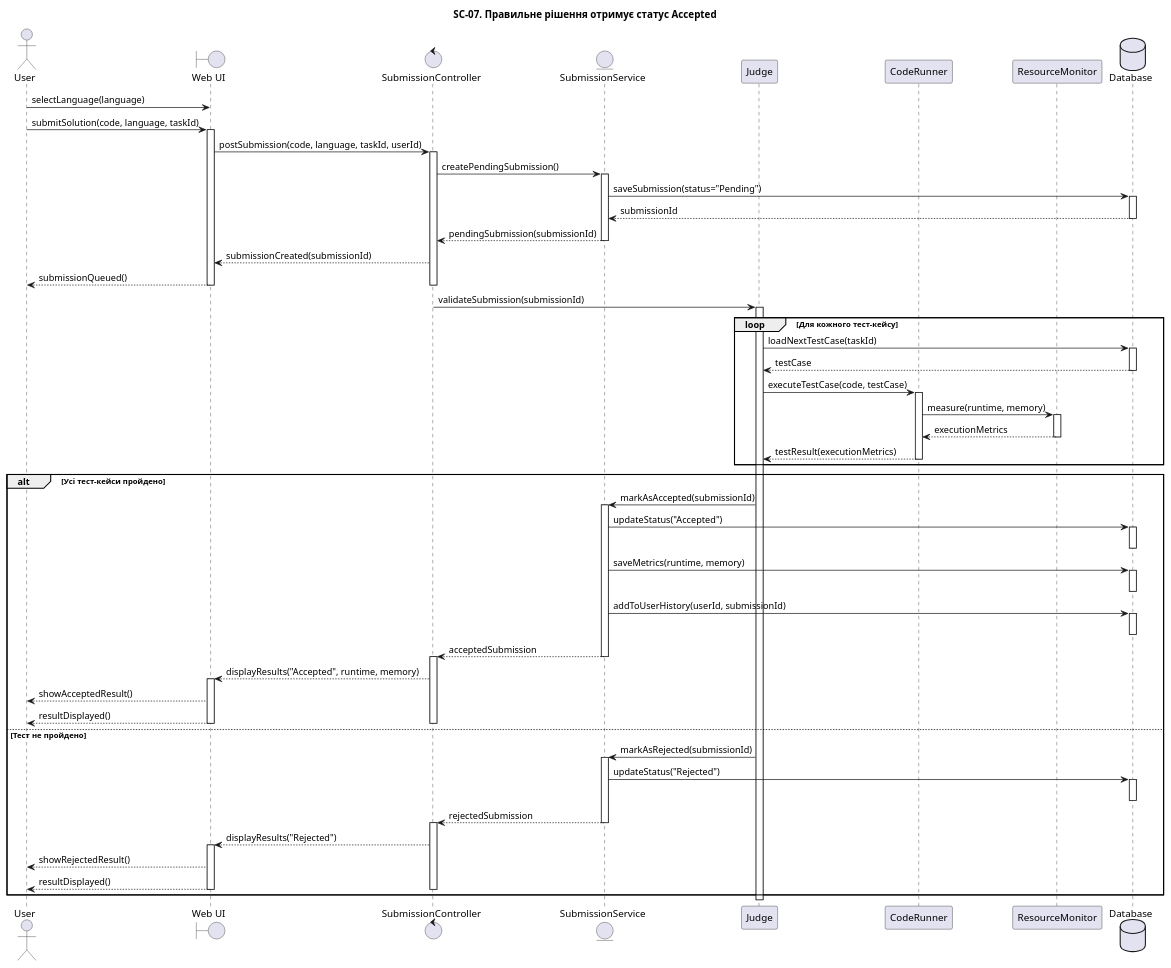
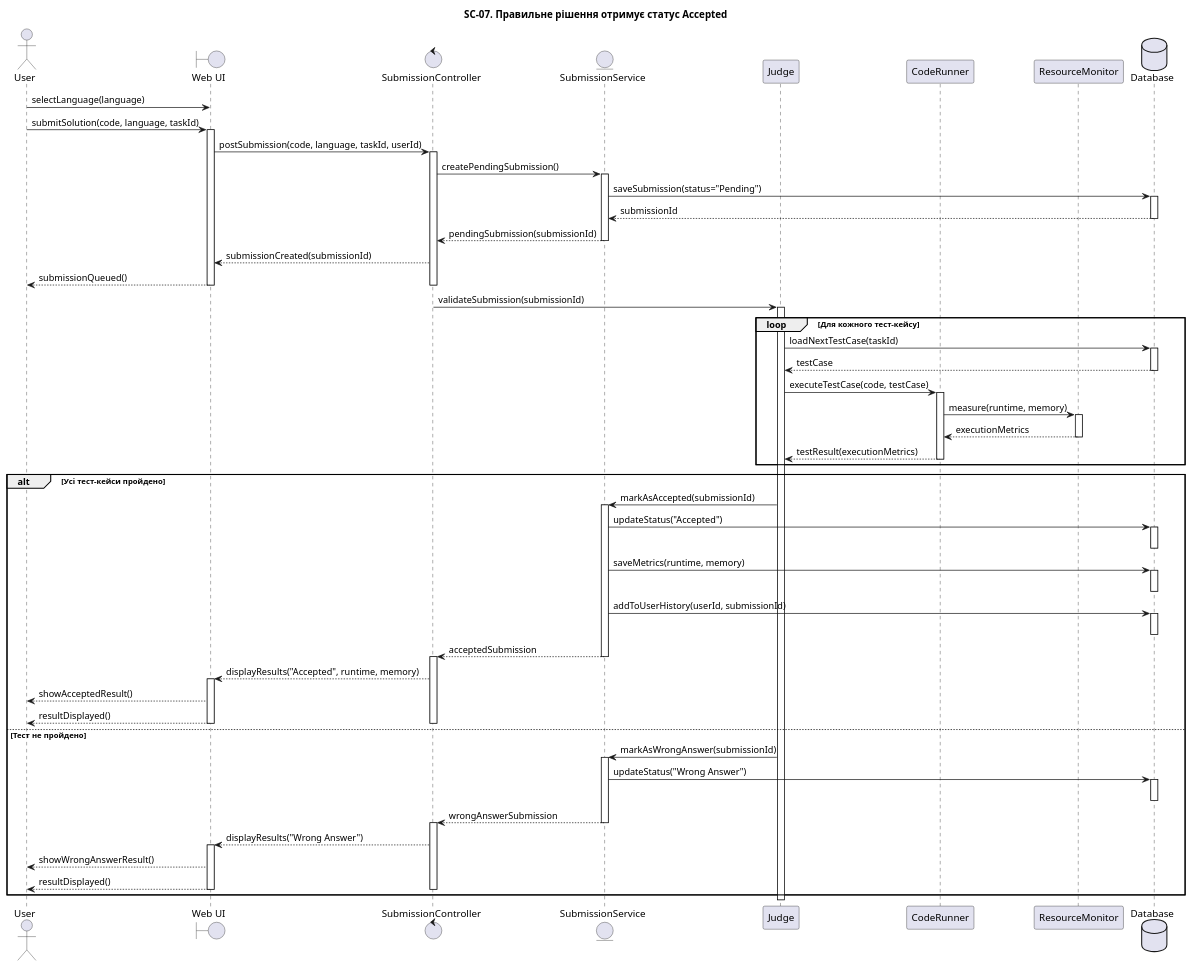
The diagram in lab3/sequence/SC-07.puml (Cammp3r/KPI-2-LABS), drawn with PlantUML before and after one commit. The commit also changed 6 other files, not shown here.

```diff
--- a/lab3/sequence/SC-07.puml
+++ b/lab3/sequence/SC-07.puml
@@ -1,88 +1,88 @@
 @startuml
 title SC-07. Правильне рішення отримує статус Accepted
 
 actor "User" as User
 boundary "Web UI" as UI
 control "SubmissionController" as Controller
 entity "SubmissionService" as SubmissionService
 participant "Judge" as Judge
 participant "CodeRunner" as Runner
 participant "ResourceMonitor" as Metrics
 database "Database" as DB
 
 User -> UI: selectLanguage(language)
 User -> UI: submitSolution(code, language, taskId)
 activate UI
 UI -> Controller: postSubmission(code, language, taskId, userId)
 activate Controller
 
 Controller -> SubmissionService: createPendingSubmission()
 activate SubmissionService
 SubmissionService -> DB: saveSubmission(status="Pending")
 activate DB
 DB --> SubmissionService: submissionId
 deactivate DB
 SubmissionService --> Controller: pendingSubmission(submissionId)
 deactivate SubmissionService
 Controller --> UI: submissionCreated(submissionId)
 UI --> User: submissionQueued()
 deactivate Controller
 deactivate UI
 Controller -> Judge: validateSubmission(submissionId)
 activate Judge
 
 loop Для кожного тест-кейсу
     Judge -> DB: loadNextTestCase(taskId)
     activate DB
     DB --> Judge: testCase
     deactivate DB
     Judge -> Runner: executeTestCase(code, testCase)
     activate Runner
     Runner -> Metrics: measure(runtime, memory)
     activate Metrics
     Metrics --> Runner: executionMetrics
     deactivate Metrics
     Runner --> Judge: testResult(executionMetrics)
     deactivate Runner
 end
 
 alt Усі тест-кейси пройдено
     Judge -> SubmissionService: markAsAccepted(submissionId)
     activate SubmissionService
     SubmissionService -> DB: updateStatus("Accepted")
     activate DB
     deactivate DB
     SubmissionService -> DB: saveMetrics(runtime, memory)
     activate DB
     deactivate DB
     SubmissionService -> DB: addToUserHistory(userId, submissionId)
     activate DB
     deactivate DB
     SubmissionService --> Controller: acceptedSubmission
     deactivate SubmissionService
     activate Controller
     Controller --> UI: displayResults("Accepted", runtime, memory)
     activate UI
     UI --> User: showAcceptedResult()
     UI --> User: resultDisplayed()
     deactivate UI
     deactivate Controller
 else Тест не пройдено
-    Judge -> SubmissionService: markAsRejected(submissionId)
+    Judge -> SubmissionService: markAsWrongAnswer(submissionId)
     activate SubmissionService
-    SubmissionService -> DB: updateStatus("Rejected")
+    SubmissionService -> DB: updateStatus("Wrong Answer")
     activate DB
     deactivate DB
-    SubmissionService --> Controller: rejectedSubmission
+    SubmissionService --> Controller: wrongAnswerSubmission
     deactivate SubmissionService
     activate Controller
-    Controller --> UI: displayResults("Rejected")
+    Controller --> UI: displayResults("Wrong Answer")
     activate UI
-    UI --> User: showRejectedResult()
+    UI --> User: showWrongAnswerResult()
     UI --> User: resultDisplayed()
     deactivate UI
     deactivate Controller
 end
 
 deactivate Judge
 @enduml
```
